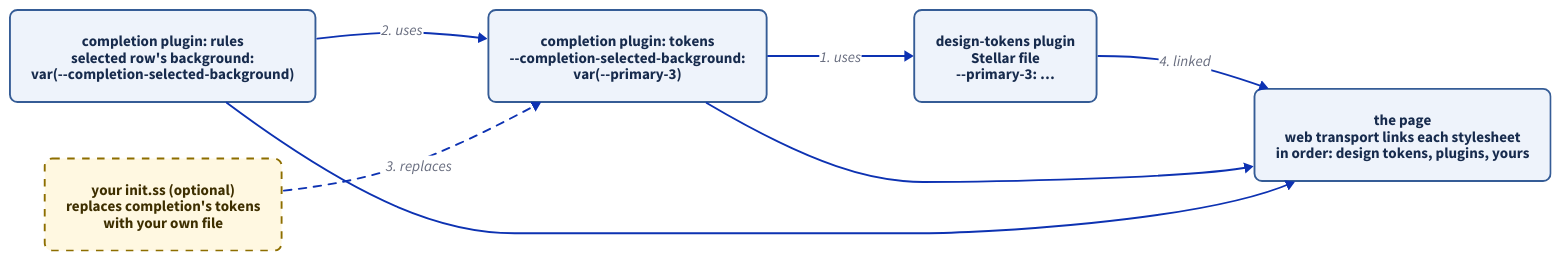
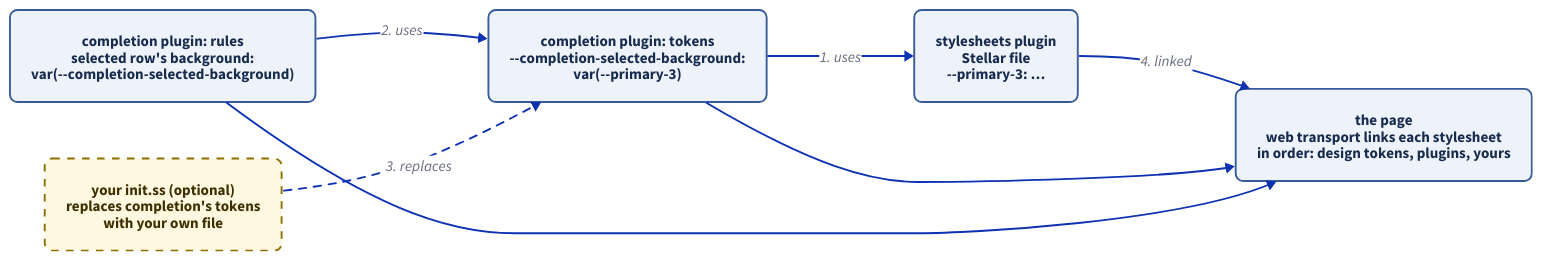
The diagram in docs/diagrams/stylesheets-completion.d2 (jaybonthius/tuna), drawn with D2 before and after one commit. The commit also changed 6 other files, not shown here.

Commit message:
Comments and a diagram: the stylesheets plugin

```diff
--- a/docs/diagrams/stylesheets-completion.d2
+++ b/docs/diagrams/stylesheets-completion.d2
@@ -1,43 +1,43 @@
 # Where does the selected completion row's colour come from?
 vars: {
   d2-config: {
     layout-engine: dagre
     theme-id: 0
   }
 }
 direction: right
 
 classes: {
   sheet: {
     style: {
       fill: "#eef3fb"
       stroke: "#355c96"
       font-color: "#172b4d"
       border-radius: 8
       font-size: 16
     }
   }
   yours: {
     style: {
       fill: "#fff8e1"
       stroke: "#8d6e00"
       font-color: "#3e2f00"
       border-radius: 8
       stroke-dash: 4
       font-size: 16
     }
   }
 }
 
-design: "design-tokens plugin\nStellar file\n--primary-3: …" {class: sheet}
+design: "stylesheets plugin\nStellar file\n--primary-3: …" {class: sheet}
 semantic: "completion plugin: tokens\n--completion-selected-background:\nvar(--primary-3)" {class: sheet}
 rules: "completion plugin: rules\nselected row's background:\nvar(--completion-selected-background)" {class: sheet}
 mine: "your init.ss (optional)\nreplaces completion's tokens\nwith your own file" {class: yours}
 page: "the page\nweb transport links each stylesheet\nin order: design tokens, plugins, yours" {class: sheet}
 
 semantic -> design: "1. uses"
 rules -> semantic: "2. uses"
 mine -> semantic: "3. replaces" {style.stroke-dash: 4}
 design -> page: "4. linked"
 semantic -> page
 rules -> page
```
